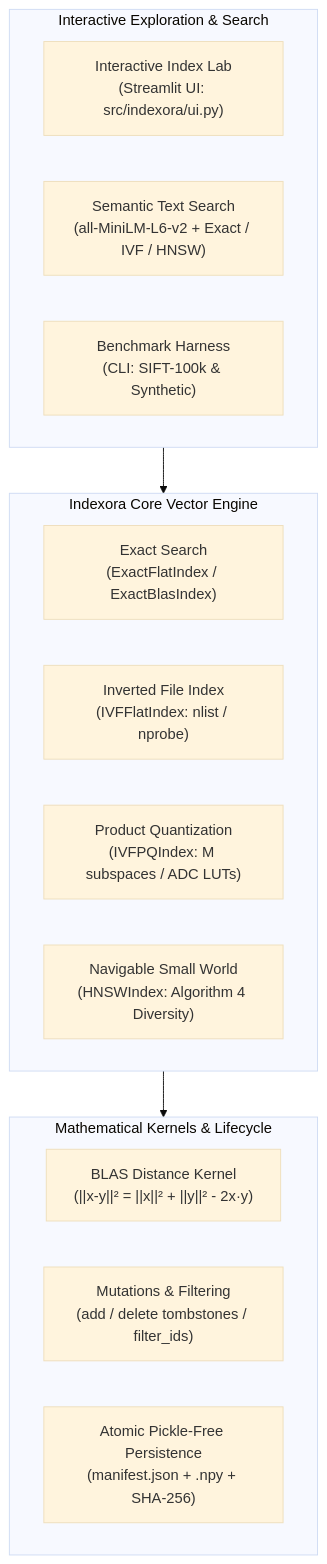
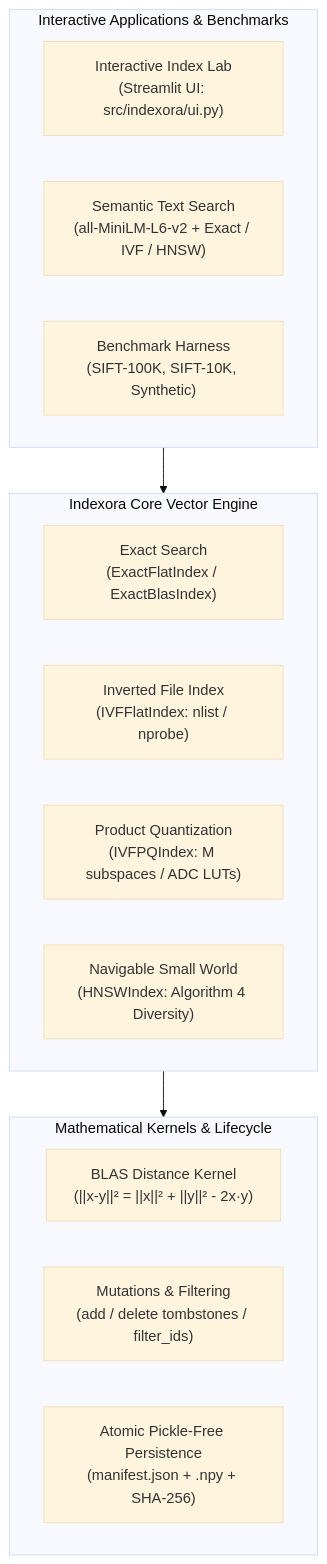
The diagram in README.md (ShivanshDubeyONG/Indexora), drawn with Mermaid (base theme) before and after one commit. The commit also changed other lines of this file and 6 other files, not shown here.

````diff
--- a/README.md
+++ b/README.md
@@ -27,24 +80,24 @@
 ```mermaid
 flowchart TD
-    subgraph UI ["Interactive Exploration & Search"]
+    subgraph UI ["Interactive Applications & Benchmarks"]
         Streamlit["Interactive Index Lab\n(Streamlit UI: src/indexora/ui.py)"]
         Semantic["Semantic Text Search\n(all-MiniLM-L6-v2 + Exact / IVF / HNSW)"]
-        Bench["Benchmark Harness\n(CLI: SIFT-100k & Synthetic)"]
+        Bench["Benchmark Harness\n(SIFT-100K, SIFT-10K, Synthetic)"]
     end
 
     subgraph CoreEngine ["Indexora Core Vector Engine"]
         Exact["Exact Search\n(ExactFlatIndex / ExactBlasIndex)"]
         IVF["Inverted File Index\n(IVFFlatIndex: nlist / nprobe)"]
         PQ["Product Quantization\n(IVFPQIndex: M subspaces / ADC LUTs)"]
         HNSW["Navigable Small World\n(HNSWIndex: Algorithm 4 Diversity)"]
     end
 
     subgraph Primitives ["Mathematical Kernels & Lifecycle"]
         BLAS["BLAS Distance Kernel\n(||x-y||² = ||x||² + ||y||² - 2x·y)"]
         Lifecycle["Mutations & Filtering\n(add / delete tombstones / filter_ids)"]
         Storage["Atomic Pickle-Free Persistence\n(manifest.json + .npy + SHA-256)"]
     end
 
     UI --> CoreEngine
     CoreEngine --> Primitives
 ```
````
